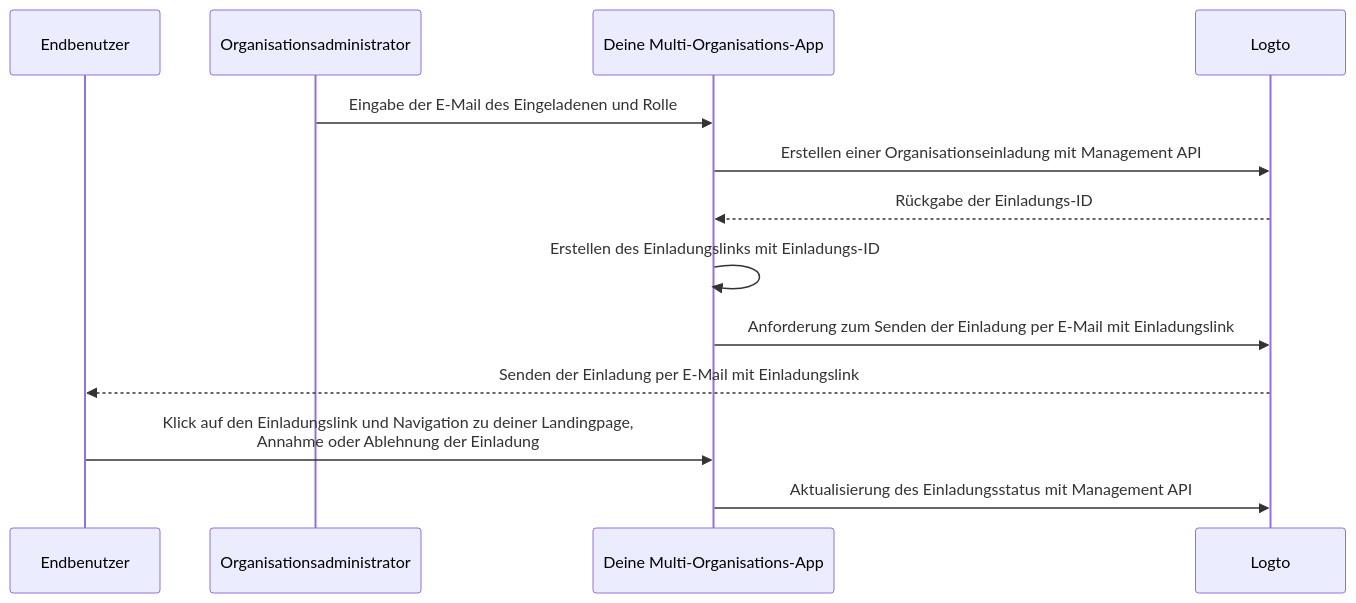
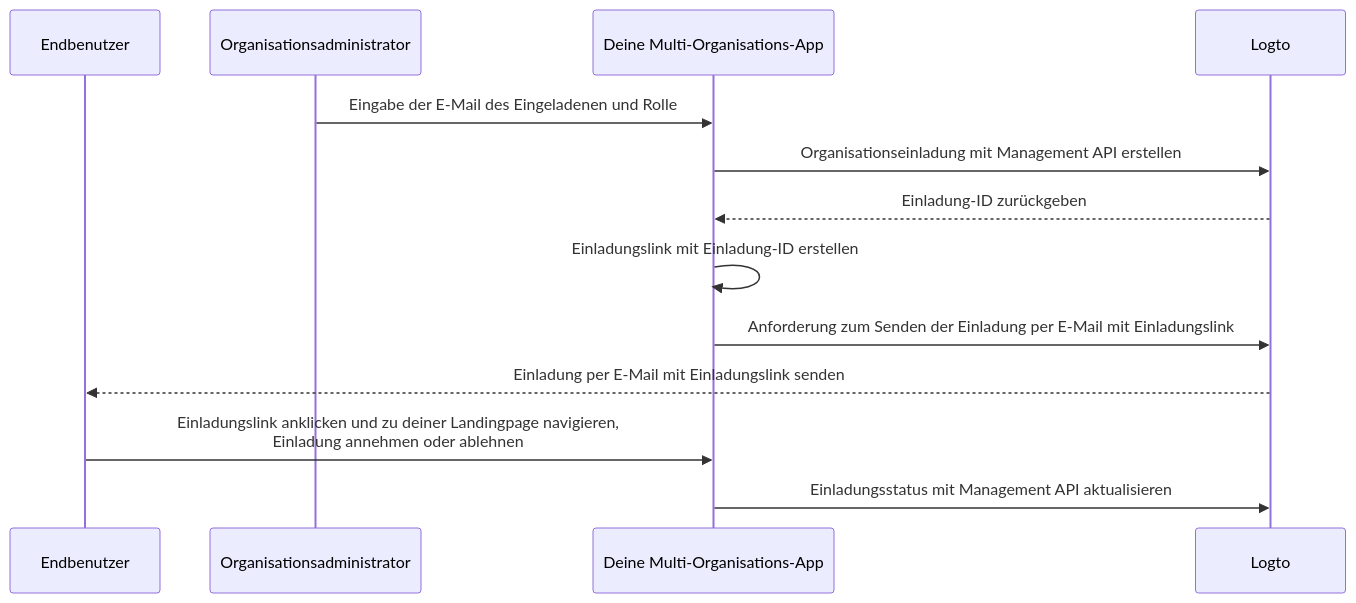
One commit to logto-io/docs changed the diagram in i18n/de/docusaurus-plugin-content-docs/current/end-user-flows/organization-experience/invite-organization-members.mdx. Above: the diagram before and after it, drawn with Mermaid. The commit also changed other lines of this file and 234 other files, not shown here.

````diff
--- a/i18n/de/docusaurus-plugin-content-docs/current/end-user-flows/organization-experience/invite-organization-members.mdx
+++ b/i18n/de/docusaurus-plugin-content-docs/current/end-user-flows/organization-experience/invite-organization-members.mdx
@@ -13,16 +13,16 @@
 ```mermaid
 sequenceDiagram
 	Participant U as Endbenutzer
   Participant A as Organisationsadministrator
   Participant C as Deine Multi-Organisations-App
 	Participant L as Logto
 
   A ->> C: Eingabe der E-Mail des Eingeladenen und Rolle
-  C ->> L: Erstellen einer Organisationseinladung mit Management API
-  L -->> C: Rückgabe der Einladungs-ID
-  C ->> C: Erstellen des Einladungslinks mit Einladungs-ID
+  C ->> L: Organisationseinladung mit Management API erstellen
+  L -->> C: Einladung-ID zurückgeben
+  C ->> C: Einladungslink mit Einladung-ID erstellen
   C ->> L: Anforderung zum Senden der Einladung per E-Mail mit Einladungslink
-  L -->> U: Senden der Einladung per E-Mail mit Einladungslink
-  U ->> C: Klick auf den Einladungslink und Navigation zu deiner Landingpage,<br /> Annahme oder Ablehnung der Einladung
-  C ->> L: Aktualisierung des Einladungsstatus mit Management API
+  L -->> U: Einladung per E-Mail mit Einladungslink senden
+  U ->> C: Einladungslink anklicken und zu deiner Landingpage navigieren,<br /> Einladung annehmen oder ablehnen
+  C ->> L: Einladungsstatus mit Management API aktualisieren
 ```
````
